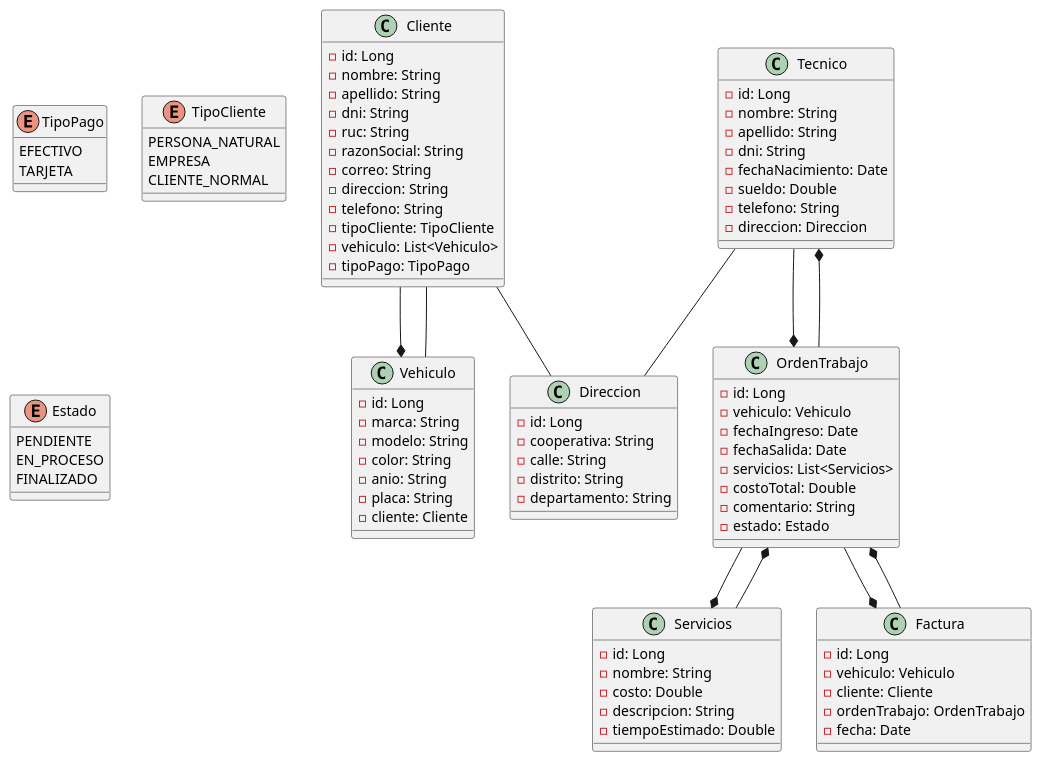
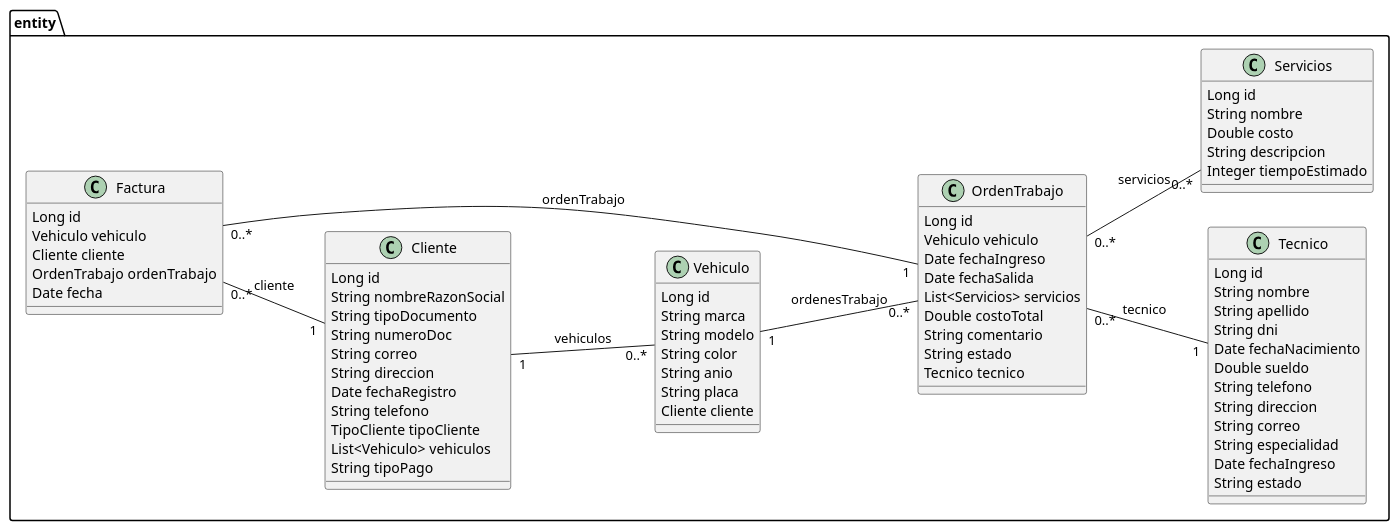
Before and after one commit to Dev-EliotArias/Sistema-Taller-1.0: the diagram in diagramas/DiagramaClasesSimple.plantuml, drawn with PlantUML. The commit also changed 41 other files, not shown here.

Commit message:
fix: module orden Trabajo

```diff
--- a/diagramas/DiagramaClasesSimple.plantuml
+++ b/diagramas/DiagramaClasesSimple.plantuml
@@ -1,101 +1,80 @@
 @startuml clases
-    class Cliente{
-        -id: Long
-        -nombre: String
-        -apellido: String
-        -dni: String
-        -ruc: String
-        -razonSocial: String
-        -correo: String
-        -direccion: String
-        -telefono: String
-        -tipoCliente: TipoCliente
-        -vehiculo: List<Vehiculo>
-        -tipoPago: TipoPago
+left to right direction
+    package entity {
+
+    class Cliente {
+        Long id
+        String nombreRazonSocial
+        String tipoDocumento
+        String numeroDoc
+        String correo
+        String direccion
+        Date fechaRegistro
+        String telefono
+        TipoCliente tipoCliente
+        List<Vehiculo> vehiculos
+        String tipoPago
     }
 
-    enum TipoPago{
-        EFECTIVO
-        TARJETA
+    class Vehiculo {
+        Long id
+        String marca
+        String modelo
+        String color
+        String anio
+        String placa
+        Cliente cliente
     }
 
-    enum TipoCliente{
-        PERSONA_NATURAL
-        EMPRESA
-        CLIENTE_NORMAL
+    class Tecnico {
+        Long id
+        String nombre
+        String apellido
+        String dni
+        Date fechaNacimiento
+        Double sueldo
+        String telefono
+        String direccion
+        String correo
+        String especialidad
+        Date fechaIngreso
+        String estado
     }
 
-    class Direccion{
-        -id: Long
-        -cooperativa: String
-        -calle: String
-        -distrito: String
-        -departamento: String
+    class Servicios {
+        Long id
+        String nombre
+        Double costo
+        String descripcion
+        Integer tiempoEstimado
     }
 
-    class Vehiculo{
-        -id: Long
-        -marca: String
-        -modelo: String
-        -color: String
-        -anio: String
-        -placa: String
-        -cliente: Cliente
+    class OrdenTrabajo {
+        Long id
+        Vehiculo vehiculo
+        Date fechaIngreso
+        Date fechaSalida
+        List<Servicios> servicios
+        Double costoTotal
+        String comentario
+        String estado
+        Tecnico tecnico
     }
 
-    class Servicios{
-        -id: Long
-        -nombre: String
-        -costo: Double
-        -descripcion: String
-        -tiempoEstimado: Double
+    class Factura {
+        Long id
+        Vehiculo vehiculo
+        Cliente cliente
+        OrdenTrabajo ordenTrabajo
+        Date fecha
     }
 
-    class Tecnico{
-        -id: Long
-        -nombre: String 
-        -apellido: String 
-        -dni: String
-        -fechaNacimiento: Date 
-        -sueldo: Double 
-        -telefono: String 
-        -direccion: Direccion
-    }
-
-    class OrdenTrabajo{
-        -id: Long
-        -vehiculo: Vehiculo
-        -fechaIngreso: Date
-        -fechaSalida: Date
-        -servicios: List<Servicios>
-        -costoTotal: Double
-        -comentario: String
-        -estado: Estado
-    }
-
-    enum Estado{
-        PENDIENTE
-        EN_PROCESO
-        FINALIZADO
-    }
-
-    class Factura{
-        -id: Long
-        -vehiculo: Vehiculo
-        -cliente: Cliente
-        -ordenTrabajo: OrdenTrabajo
-        -fecha: Date
-    }
-
-    Cliente --* Vehiculo
-    Cliente -- Direccion
-    Tecnico -- Direccion
-    Vehiculo -- Cliente
-    Tecnico --* OrdenTrabajo
-    OrdenTrabajo --* Tecnico
-    OrdenTrabajo --* Factura
-    Factura --* OrdenTrabajo
-    Servicios --* OrdenTrabajo
-    OrdenTrabajo --* Servicios
+    Cliente "1" -- "0..*" Vehiculo : vehiculos
+    Vehiculo "1" -- "0..*" OrdenTrabajo : ordenesTrabajo
+    OrdenTrabajo "0..*" -- "0..*" Servicios : servicios
+    OrdenTrabajo "0..*" -- "1" Tecnico : tecnico
+    Factura "0..*" -- "1" Cliente : cliente
+    Factura "0..*" -- "1" OrdenTrabajo : ordenTrabajo
+}
 
 @enduml 
```
